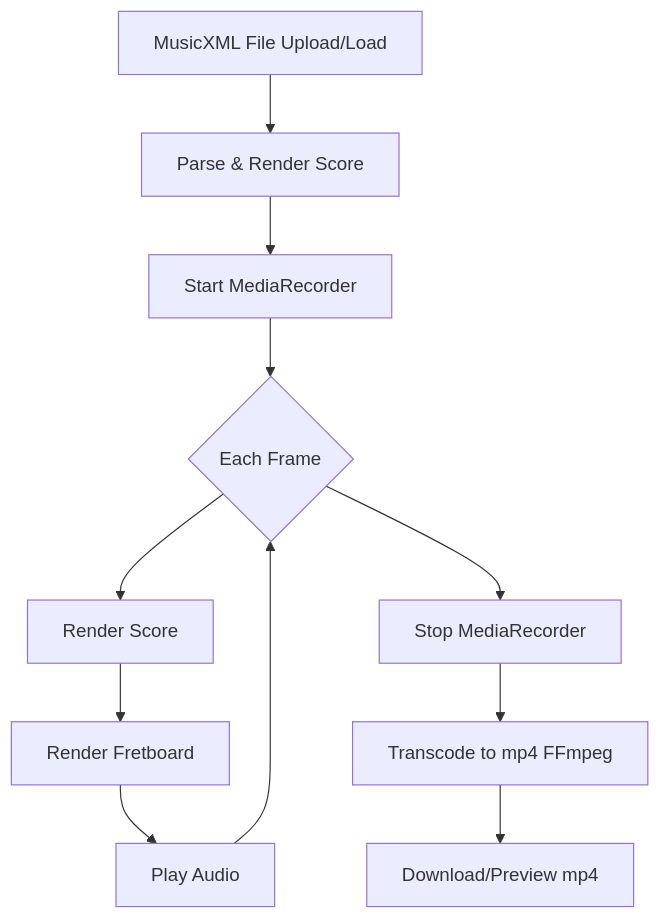
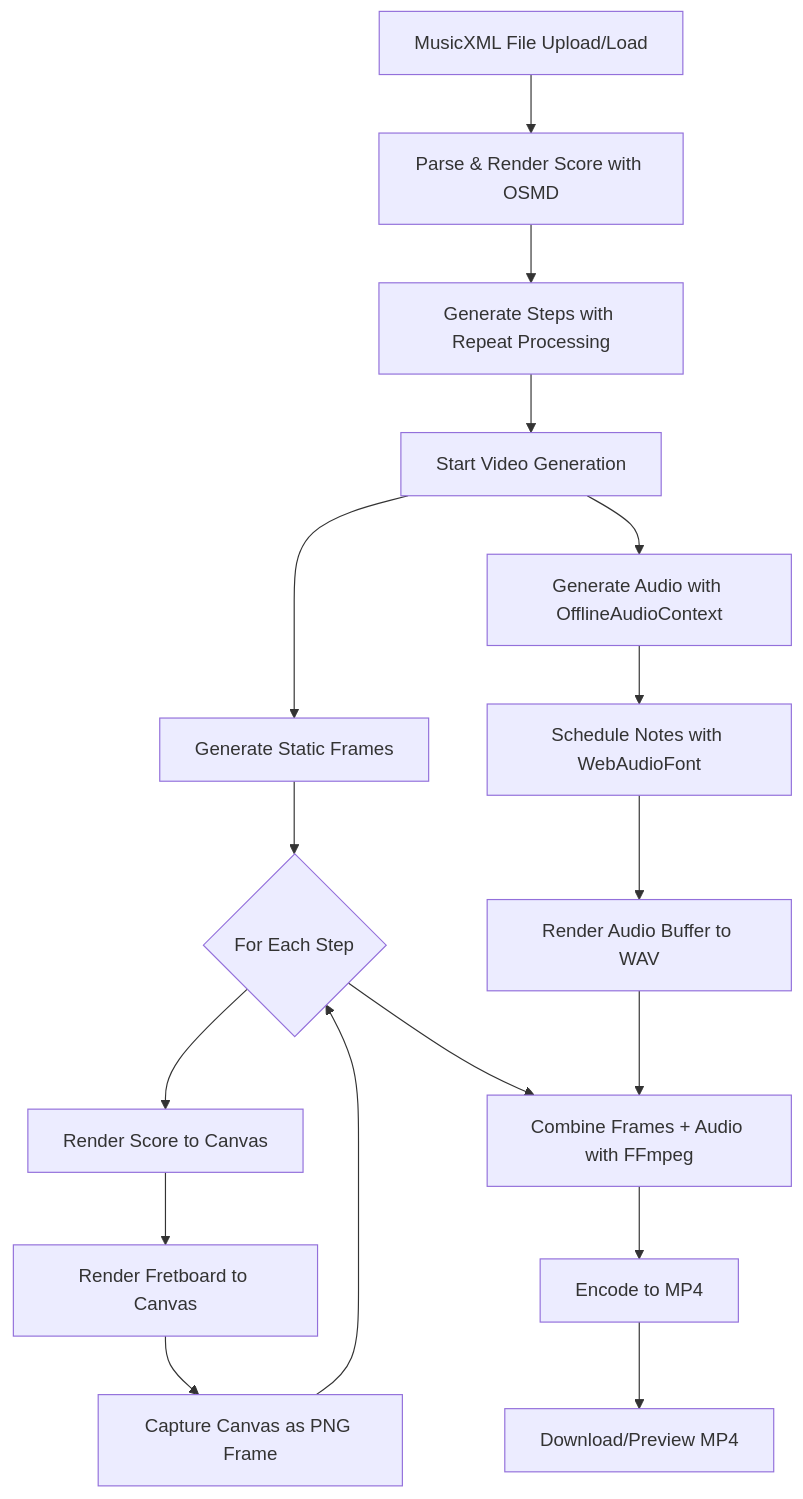
Before and after one commit to cho45/mxml-to-video: the diagram in README.md, drawn with Mermaid. The commit also changed 1 other file, not shown here.

````diff
--- a/README.md
+++ b/README.md
@@ -40,13 +40,19 @@
 ```mermaid
 flowchart TD
-    A[MusicXML File Upload/Load] --> B[Parse & Render Score]
-    B --> C[Start MediaRecorder]
-    C --> D{Each Frame}
-    D --> E[Render Score]
-    E --> F[Render Fretboard]
-    F --> G[Play Audio]
-    G --> D
-    D --> H[Stop MediaRecorder]
-    H --> I[Transcode to mp4 FFmpeg]
-    I --> J[Download/Preview mp4]
+    A[MusicXML File Upload/Load] --> B[Parse & Render Score with OSMD]
+    B --> C[Generate Steps with Repeat Processing]
+    C --> D[Start Video Generation]
+    D --> E[Generate Static Frames]
+    D --> F[Generate Audio with OfflineAudioContext]
+    E --> G{For Each Step}
+    G --> H[Render Score to Canvas]
+    H --> I[Render Fretboard to Canvas]
+    I --> J[Capture Canvas as PNG Frame]
+    J --> G
+    F --> K[Schedule Notes with WebAudioFont]
+    K --> L[Render Audio Buffer to WAV]
+    G --> M[Combine Frames + Audio with FFmpeg]
+    L --> M
+    M --> N[Encode to MP4]
+    N --> O[Download/Preview MP4]
 ```
````
